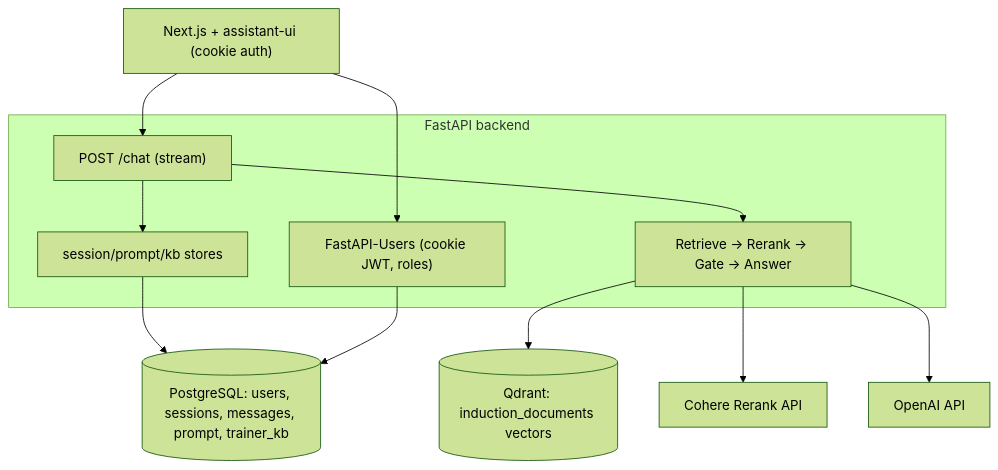
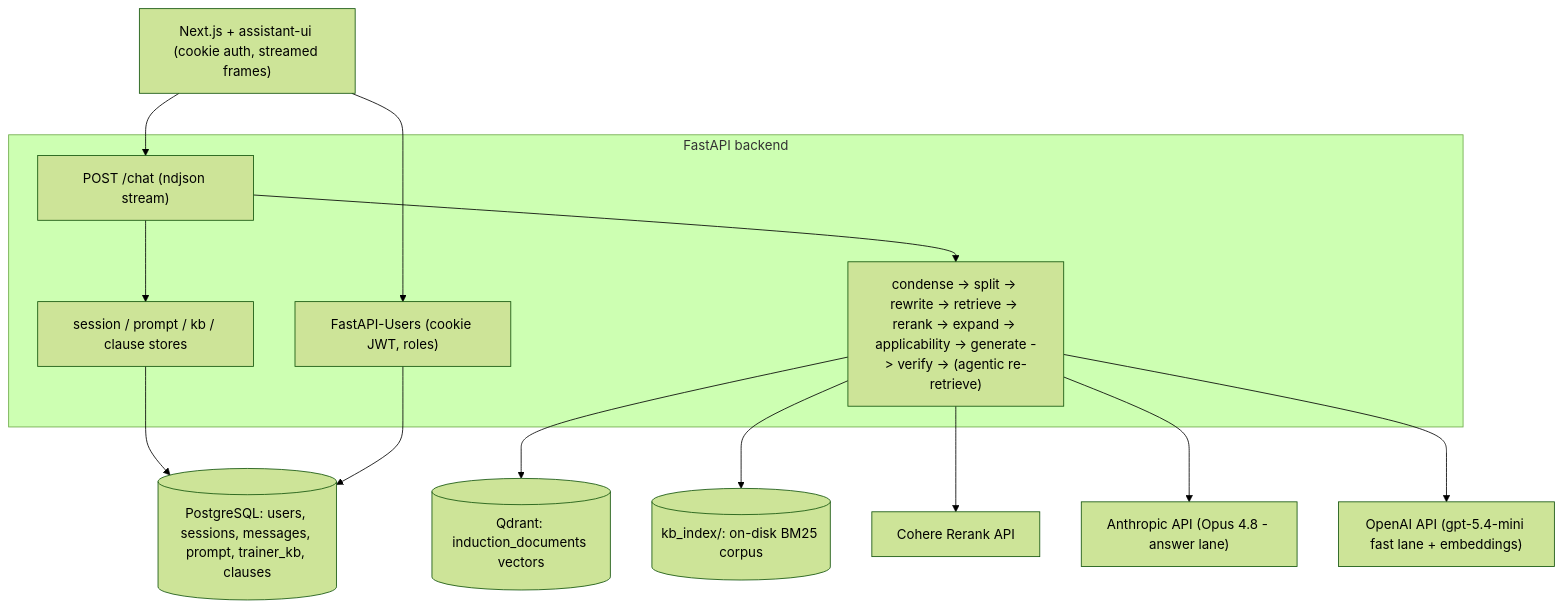
Before and after one commit to arifwcma/induction: the diagram in .cursor/blueprint.md, drawn with Mermaid (forest theme). The commit also changed other lines of this file and 2 other files, not shown here.

````diff
--- a/.cursor/blueprint.md
+++ b/.cursor/blueprint.md
@@ -41,24 +58,28 @@
 ```mermaid
 flowchart TD
-  Browser["Next.js + assistant-ui (cookie auth)"]
+  Browser["Next.js + assistant-ui (cookie auth, streamed frames)"]
   subgraph backend [FastAPI backend]
     Auth["FastAPI-Users (cookie JWT, roles)"]
-    Chat["POST /chat (stream)"]
-    Pipe["Retrieve -> Rerank -> Gate -> Answer"]
-    Stores["session/prompt/kb stores"]
+    Chat["POST /chat (ndjson stream)"]
+    Pipe["condense -> split -> rewrite -> retrieve -> rerank -> expand -> applicability -> generate -> verify -> (agentic re-retrieve)"]
+    Stores["session / prompt / kb / clause stores"]
   end
-  Postgres[("PostgreSQL: users, sessions, messages, prompt, trainer_kb")]
+  Postgres[("PostgreSQL: users, sessions, messages, prompt, trainer_kb, clauses")]
   Qdrant[("Qdrant: induction_documents vectors")]
-  OpenAI["OpenAI API"]
+  BM25[("kb_index/: on-disk BM25 corpus")]
+  Anthropic["Anthropic API (Opus 4.8 - answer lane)"]
+  OpenAI["OpenAI API (gpt-5.4-mini fast lane + embeddings)"]
   Cohere["Cohere Rerank API"]
 
   Browser --> Auth
   Browser --> Chat
   Chat --> Pipe
   Pipe --> Qdrant
+  Pipe --> BM25
   Pipe --> Cohere
+  Pipe --> Anthropic
   Pipe --> OpenAI
   Chat --> Stores
   Stores --> Postgres
   Auth --> Postgres
 ```
````
